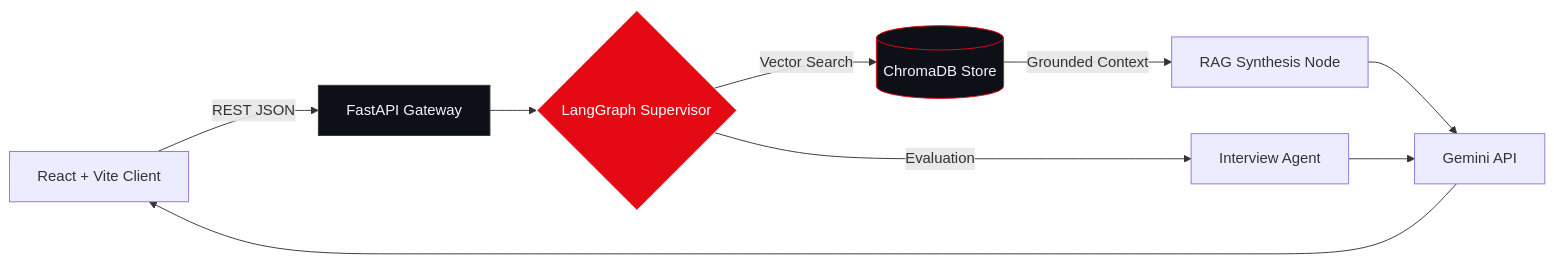
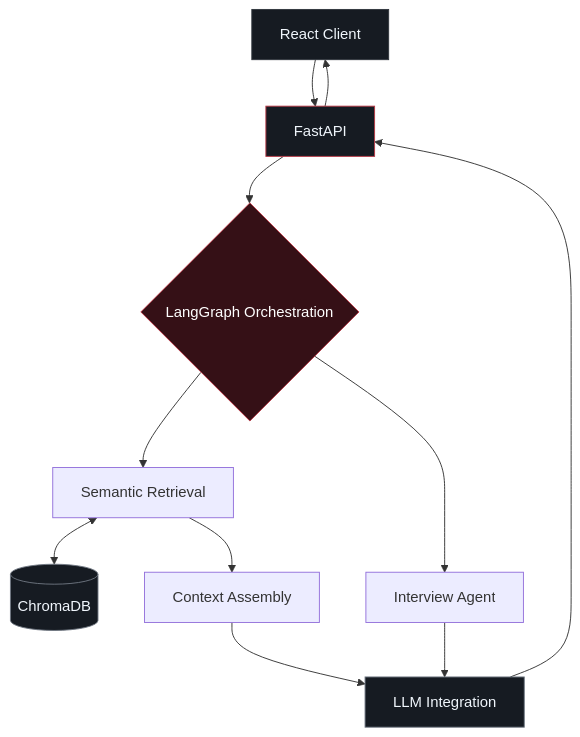
Before and after one commit to harsh24239/harsh24239: the first of 2 diagrams in README.md, drawn with Mermaid. The commit also changed other lines of this file, not shown here.

````diff
--- a/README.md
+++ b/README.md
@@ -91,14 +140,19 @@
 ```mermaid
-flowchart LR
-    UI["React + Vite Client"] -->|REST JSON| API["FastAPI Gateway"]
-    API --> SUP{"LangGraph Supervisor"}
-    SUP -->|Vector Search| VDB[("ChromaDB Store")]
-    VDB -->|Grounded Context| RAG["RAG Synthesis Node"]
-    SUP -->|Evaluation| INT["Interview Agent"]
-    RAG --> LLM["Gemini API"]
-    INT --> LLM
-    LLM --> UI
-    style SUP fill:#E50914,stroke:#F0F6FC,color:#FFFFFF
-    style API fill:#0D1117,stroke:#30363D,color:#F0F6FC
-    style VDB fill:#0D1117,stroke:#E50914,color:#F0F6FC
+flowchart TD
+    U["React Client"] --> API["FastAPI"]
+    API --> G{"LangGraph Orchestration"}
+    G --> R["Semantic Retrieval"]
+    R <--> DB[("ChromaDB")]
+    R --> C["Context Assembly"]
+    G --> A["Interview Agent"]
+    C --> L["LLM Integration"]
+    A --> L
+    L --> API
+    API --> U
+
+    style U fill:#161B22,stroke:#30363D,color:#F0F6FC
+    style API fill:#161B22,stroke:#B83A46,color:#F0F6FC
+    style G fill:#351016,stroke:#B83A46,color:#FFFFFF
+    style DB fill:#161B22,stroke:#6E7681,color:#F0F6FC
+    style L fill:#161B22,stroke:#6E7681,color:#F0F6FC
 ```
````
